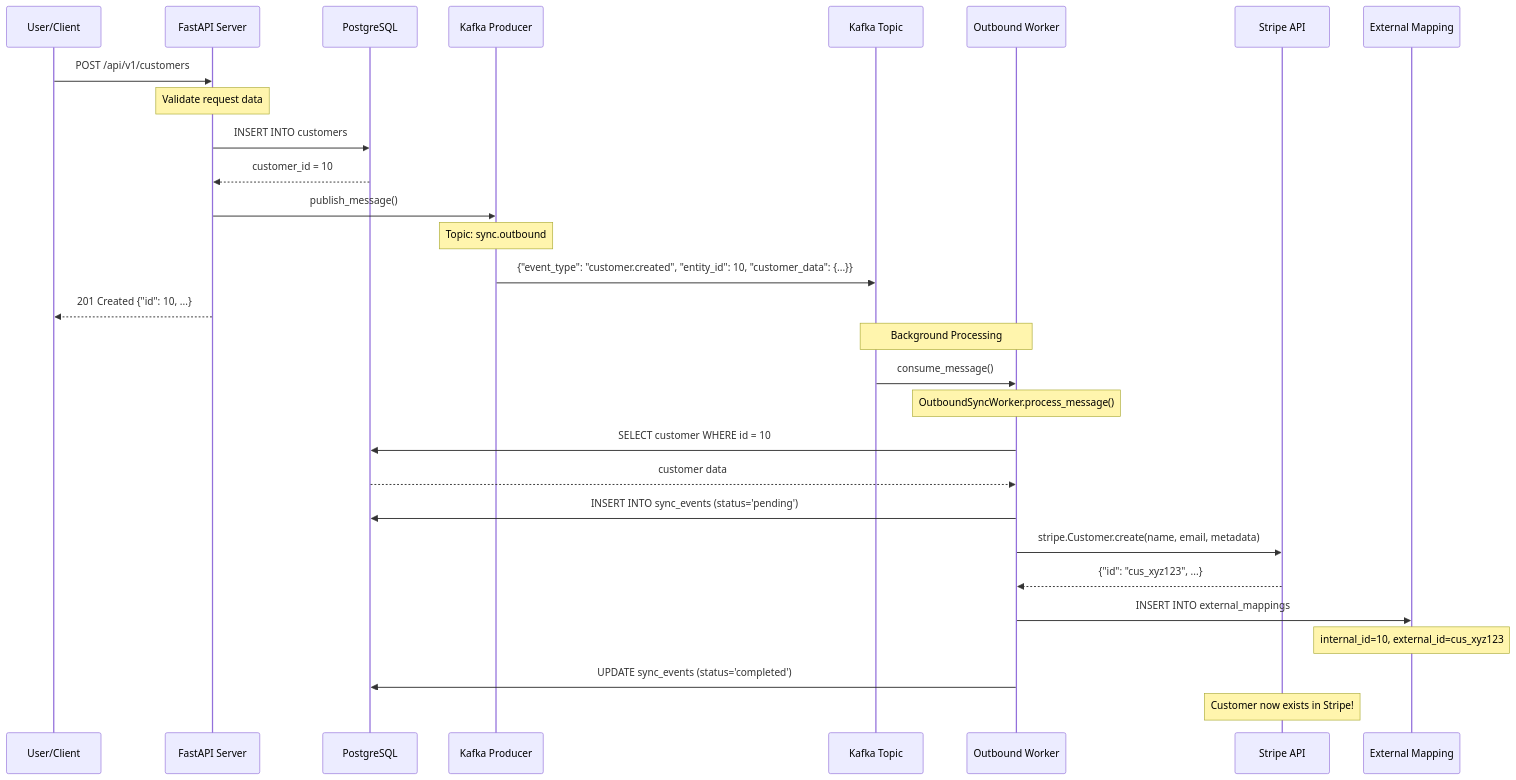
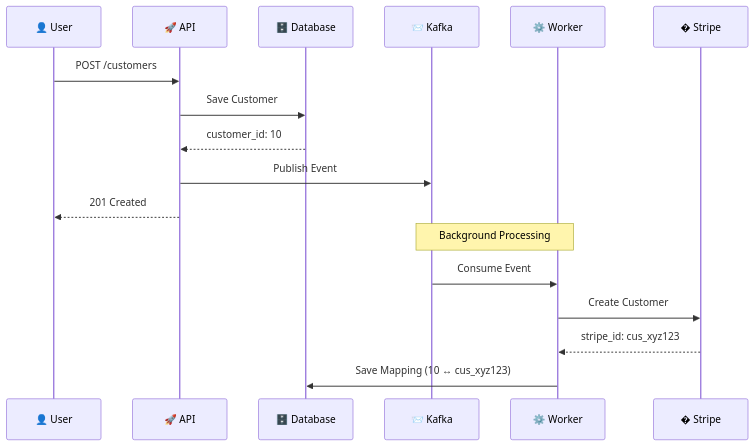
The fourth of 6 diagrams in README.md (Shashankpantiitbhilai/SyncFlow), drawn with Mermaid before and after one commit. The commit also changed other lines of this file, not shown here.

````diff
--- a/README.md
+++ b/README.md
@@ -330,42 +318,22 @@
 ```mermaid
 sequenceDiagram
-    participant U as User/Client
-    participant API as FastAPI Server
-    participant DB as PostgreSQL
-    participant KC as Kafka Producer
-    participant KT as Kafka Topic
-    participant OW as Outbound Worker
-    participant S as Stripe API
-    participant EM as External Mapping
+    participant User as 👤 User
+    participant API as 🚀 API
+    participant DB as 🗄️ Database
+    participant Kafka as 📨 Kafka
+    participant Worker as ⚙️ Worker
+    participant Stripe as � Stripe
 
-    U->>API: POST /api/v1/customers
-    Note over API: Validate request data
+    User->>API: POST /customers
+    API->>DB: Save Customer
+    DB-->>API: customer_id: 10
+    API->>Kafka: Publish Event
+    API-->>User: 201 Created
     
-    API->>DB: INSERT INTO customers
-    DB-->>API: customer_id = 10
+    Note over Kafka,Worker: Background Processing
     
-    API->>KC: publish_message()
-    Note over KC: Topic: sync.outbound
-    KC->>KT: {"event_type": "customer.created", "entity_id": 10, "customer_data": {...}}
-    
-    API-->>U: 201 Created {"id": 10, ...}
-    
-    Note over KT,OW: Background Processing
-    KT->>OW: consume_message()
-    Note over OW: OutboundSyncWorker.process_message()
-    
-    OW->>DB: SELECT customer WHERE id = 10
-    DB-->>OW: customer data
-    
-    OW->>DB: INSERT INTO sync_events (status='pending')
-    
-    OW->>S: stripe.Customer.create(name, email, metadata)
-    S-->>OW: {"id": "cus_xyz123", ...}
-    
-    OW->>EM: INSERT INTO external_mappings
-    Note over EM: internal_id=10, external_id=cus_xyz123
-    
-    OW->>DB: UPDATE sync_events (status='completed')
-    
-    Note over S: Customer now exists in Stripe!
+    Kafka->>Worker: Consume Event
+    Worker->>Stripe: Create Customer
+    Stripe-->>Worker: stripe_id: cus_xyz123
+    Worker->>DB: Save Mapping (10 ↔ cus_xyz123)
 ```
````
